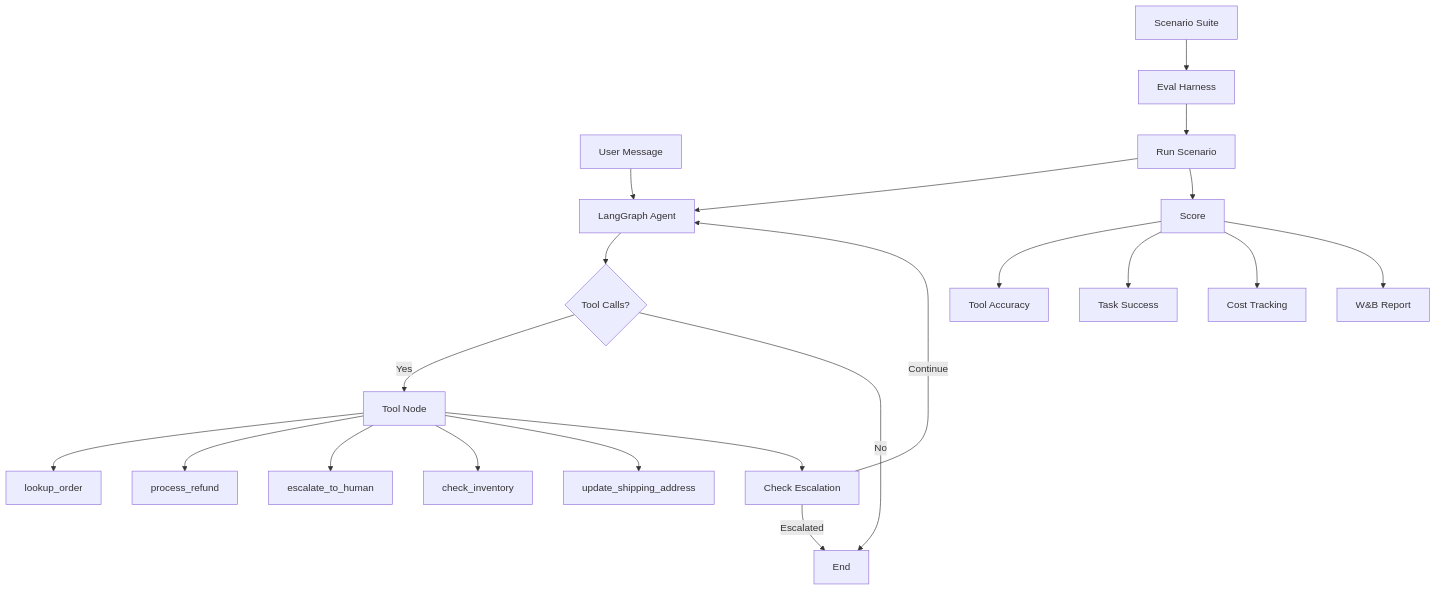
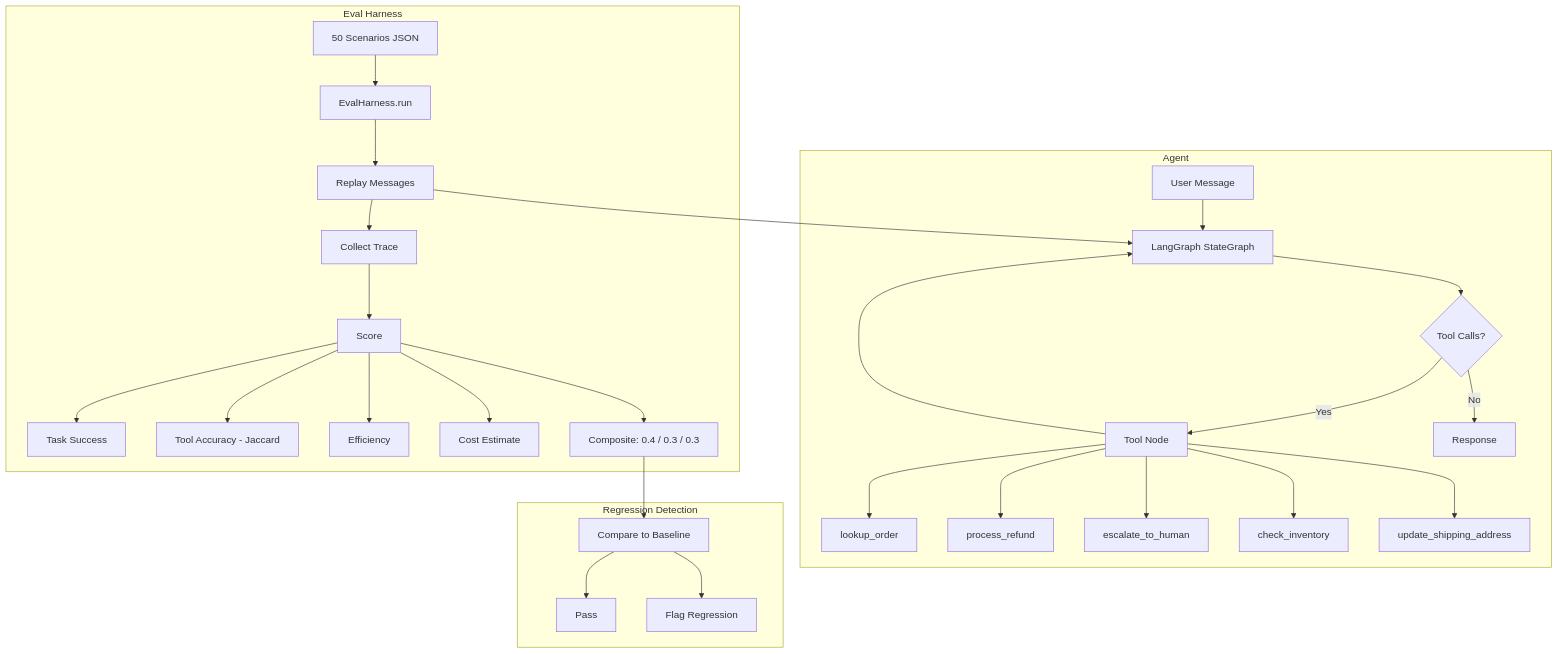
Before and after one commit to siddhant-rajhans/agent-eval-harness: the diagram in README.md, drawn with Mermaid. The commit also changed other lines of this file and 1 other file, not shown here.

````diff
--- a/README.md
+++ b/README.md
@@ -7,24 +26,34 @@
 ```mermaid
 graph TD
-    U[User Message] --> A[LangGraph Agent]
-    A --> TC{Tool Calls?}
-    TC -->|Yes| T[Tool Node]
-    T --> OL[lookup_order]
-    T --> PR[process_refund]
-    T --> ES[escalate_to_human]
-    T --> CI[check_inventory]
-    T --> SH[update_shipping_address]
-    T --> EC[Check Escalation]
-    EC -->|Continue| A
-    EC -->|Escalated| END[End]
-    TC -->|No| END
+    subgraph Agent
+        U[User Message] --> A[LangGraph StateGraph]
+        A --> TC{Tool Calls?}
+        TC -->|Yes| T[Tool Node]
+        T --> OL[lookup_order]
+        T --> PR[process_refund]
+        T --> ES[escalate_to_human]
+        T --> CI[check_inventory]
+        T --> SH[update_shipping_address]
+        T --> A
+        TC -->|No| R[Response]
+    end
 
-    S[Scenario Suite] --> EH[Eval Harness]
-    EH --> R[Run Scenario]
-    R --> A
-    R --> SC[Score]
-    SC --> TA[Tool Accuracy]
-    SC --> TS[Task Success]
-    SC --> CO[Cost Tracking]
-    SC --> WB[W&B Report]
+    subgraph Eval Harness
+        S[50 Scenarios JSON] --> EH[EvalHarness.run]
+        EH --> RE[Replay Messages]
+        RE --> A
+        RE --> TR[Collect Trace]
+        TR --> SC[Score]
+        SC --> TS[Task Success]
+        SC --> TA[Tool Accuracy - Jaccard]
+        SC --> EF[Efficiency]
+        SC --> CO[Cost Estimate]
+        SC --> CS[Composite: 0.4 / 0.3 / 0.3]
+    end
+
+    subgraph Regression Detection
+        CS --> CMP[Compare to Baseline]
+        CMP --> PASS[Pass]
+        CMP --> FLAG[Flag Regression]
+    end
 ```
````
